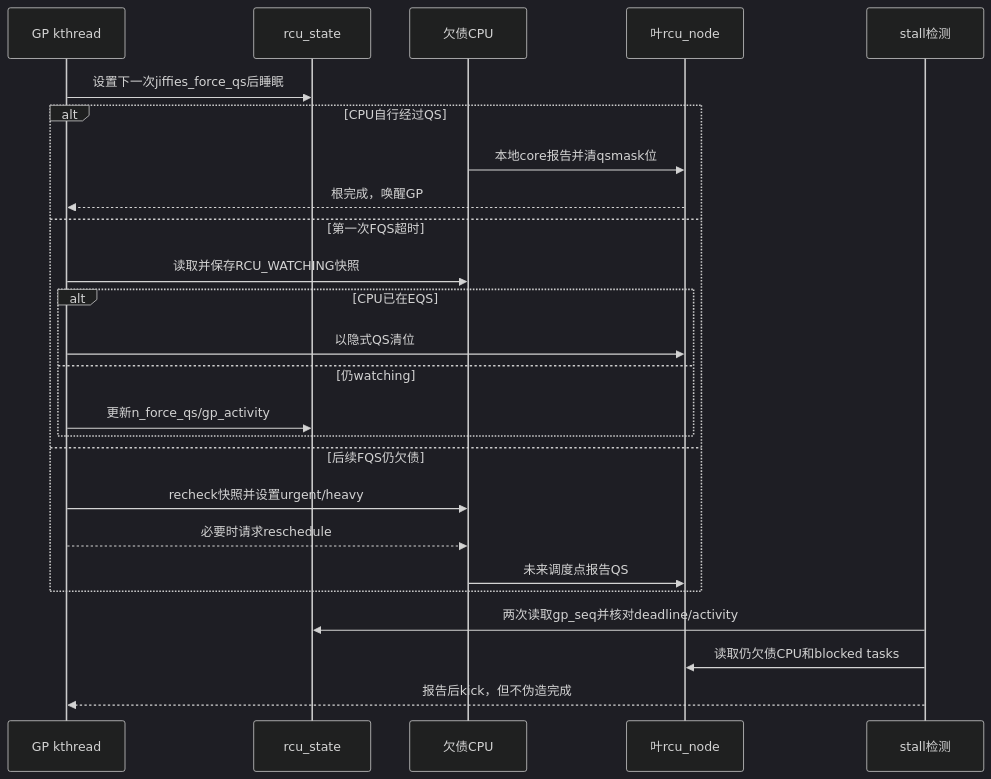
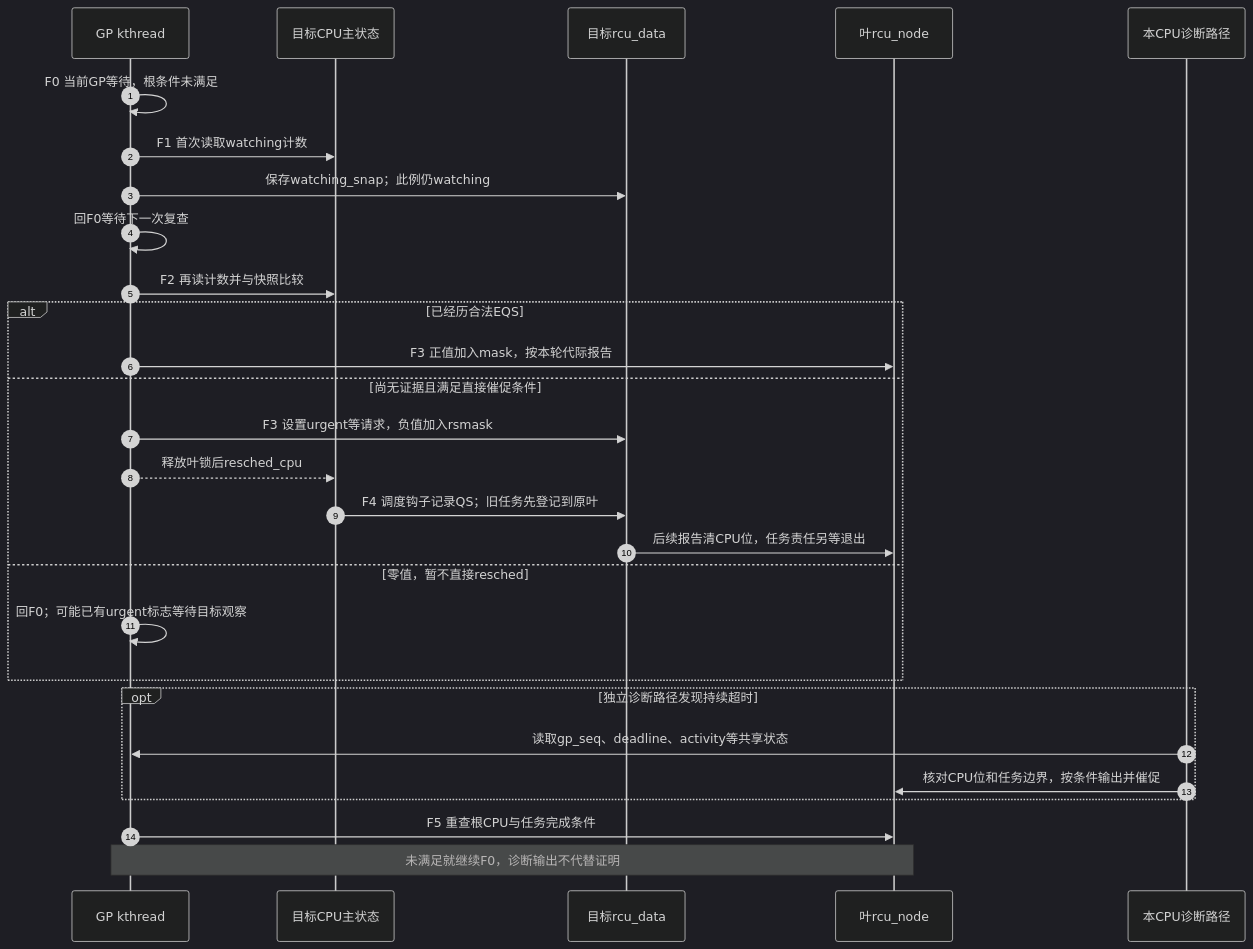
One commit to FormingSystem/linux_note changed the second of 2 diagrams in research/source_reading/rcu/navigation/P05_Linux_6.12_Tree_RCU_force_QS与Stall模块源码概念导读.md. Above: the diagram before and after it, drawn with Mermaid (dark theme). The commit also changed other lines of this file and 1 other file, not shown here.

First line of the commit message:
docs(rcu/source): 区分FQS合法证据与Stall诊断

````diff
--- a/research/source_reading/rcu/navigation/P05_Linux_6.12_Tree_RCU_force_QS与Stall模块源码概念导读.md
+++ b/research/source_reading/rcu/navigation/P05_Linux_6.12_Tree_RCU_force_QS与Stall模块源码概念导读.md
@@ -117,28 +132,31 @@
 ```mermaid
 sequenceDiagram
+    autonumber
     participant G as GP kthread
-    participant R as rcu_state
-    participant C as 欠债CPU
+    participant C as 目标CPU主状态
+    participant D as 目标rcu_data
     participant N as 叶rcu_node
-    participant S as stall检测
+    participant S as 本CPU诊断路径
 
-    G->>R: 设置下一次jiffies_force_qs后睡眠
-    alt CPU自行经过QS
-        C->>N: 本地core报告并清qsmask位
-        N-->>G: 根完成，唤醒GP
-    else 第一次FQS超时
-        G->>C: 读取并保存RCU_WATCHING快照
-        alt CPU已在EQS
-            G->>N: 以隐式QS清位
-        else 仍watching
-            G->>R: 更新n_force_qs/gp_activity
-        end
-    else 后续FQS仍欠债
-        G->>C: recheck快照并设置urgent/heavy
-        G-->>C: 必要时请求reschedule
-        C->>N: 未来调度点报告QS
+    G->>G: F0 当前GP等待，根条件未满足
+    G->>C: F1 首次读取watching计数
+    G->>D: 保存watching_snap；此例仍watching
+    G->>G: 回F0等待下一次复查
+    G->>C: F2 再读计数并与快照比较
+    alt 已经历合法EQS
+        G->>N: F3 正值加入mask，按本轮代际报告
+    else 尚无证据且满足直接催促条件
+        G->>D: F3 设置urgent等请求，负值加入rsmask
+        G-->>C: 释放叶锁后resched_cpu
+        C->>D: F4 调度钩子记录QS；旧任务先登记到原叶
+        D->>N: 后续报告清CPU位，任务责任另等退出
+    else 零值，暂不直接resched
+        G->>G: 回F0；可能已有urgent标志等待目标观察
     end
-    S->>R: 两次读取gp_seq并核对deadline/activity
-    S->>N: 读取仍欠债CPU和blocked tasks
-    S-->>G: 报告后kick，但不伪造完成
+    opt 独立诊断路径发现持续超时
+        S->>G: 读取gp_seq、deadline、activity等共享状态
+        S->>N: 核对CPU位和任务边界，按条件输出并催促
+    end
+    G->>N: F5 重查根CPU与任务完成条件
+    Note over G,N: 未满足就继续F0，诊断输出不代替证明
 ```
````
